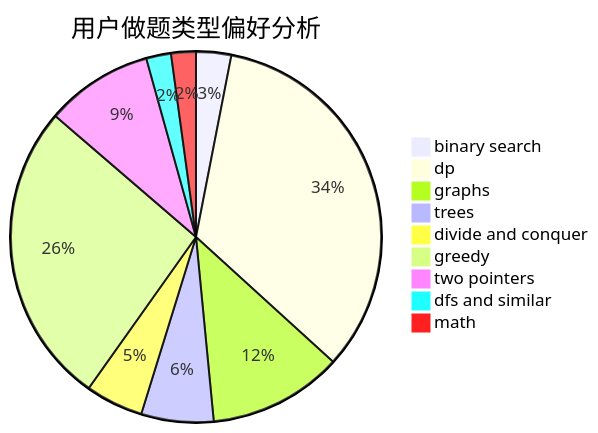
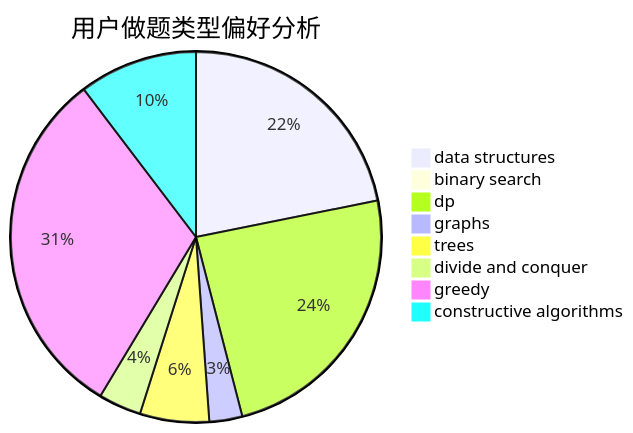
One commit to sherpahu/cfrs.github.io changed the second of 3 diagrams in docs/user/u1031.md. Above: the diagram before and after it, drawn with Mermaid. The commit also changed other lines of this file and 2775 other files, not shown here.

````diff
--- a/docs/user/u1031.md
+++ b/docs/user/u1031.md
@@ -23,12 +23,11 @@
 ```mermaid
 pie title 用户做题类型偏好分析
-    "binary search" :  17
-    "dp" :  187
-    "graphs" :  65
-    "trees" :  35
-    "divide and conquer" :  28
-    "greedy" :  147
-    "two pointers" :  52
-    "dfs and similar" :  12
-    "math" :  12
+    "data structures" :  76
+    "binary search" :  2
+    "dp" :  84
+    "graphs" :  10
+    "trees" :  21
+    "divide and conquer" :  13
+    "greedy" :  108
+    "constructive algorithms" :  36
 ```
````
